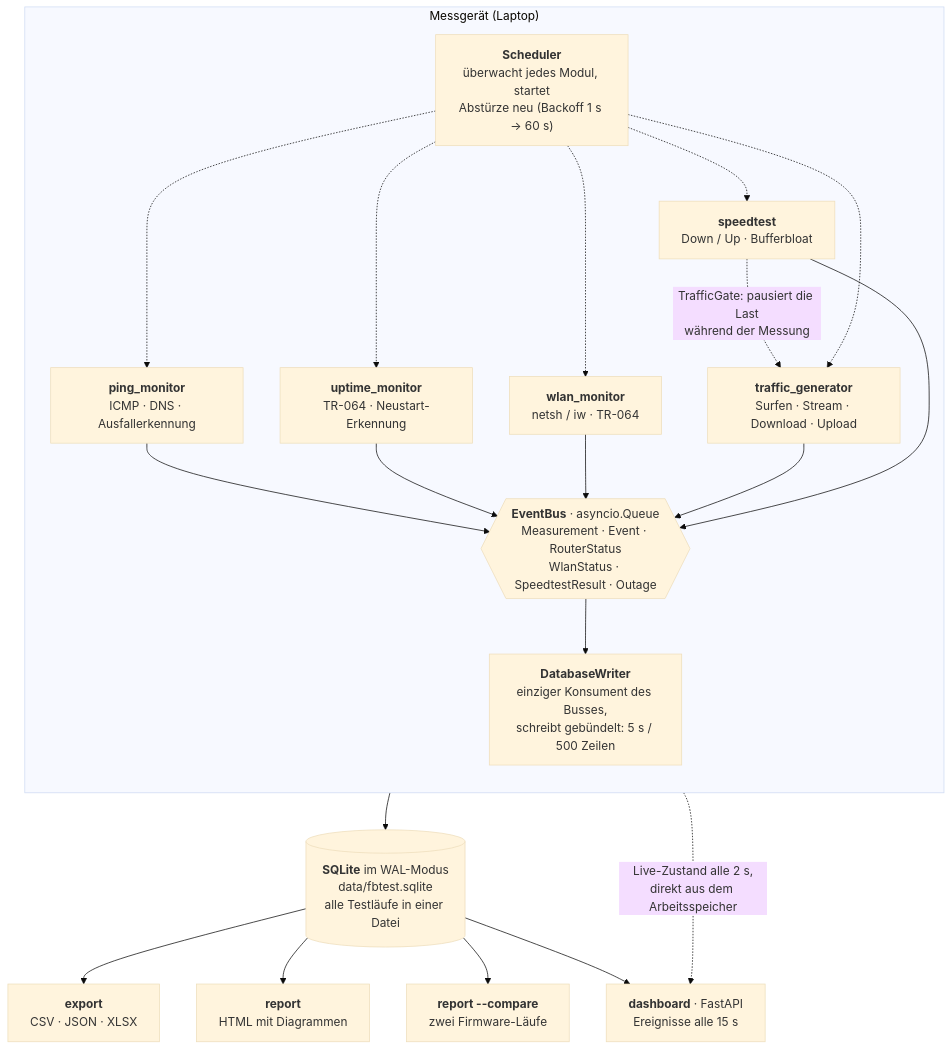
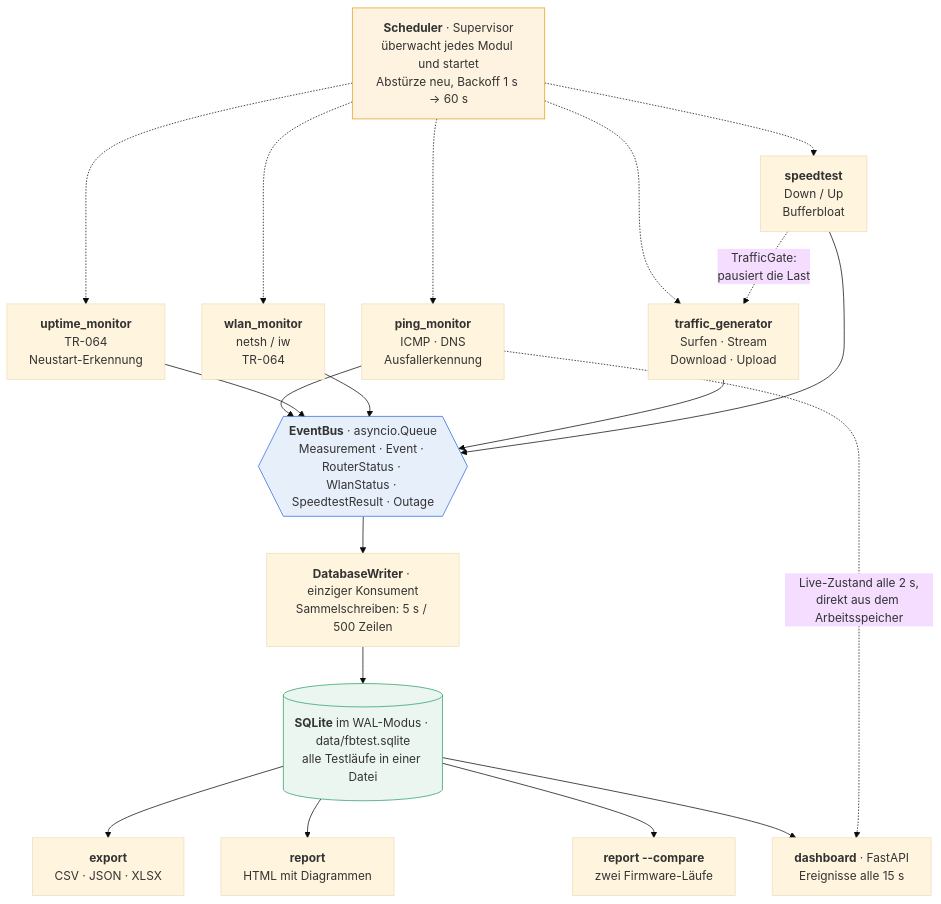
Before and after one commit to Dinosaurier-io/FritzBox_Tester: the second of 2 diagrams in README.md, drawn with Mermaid (base theme).

Commit message:
Datenfluss-Diagramm entwirrt
Die erste Fassung steckte in einem Subgraph. Mermaid ignoriert dessen
"direction", sobald Kanten hinausfuehren - die fuenf Module standen
untereinander in einem halbleeren Kasten. Ohne Subgraph stehen sie
nebeneinander, und die drei tragenden Teile (Scheduler, EventBus,
Datenbank) sind farblich abgesetzt.

Gegengeprueft, indem beide Bloecke mit mermaid gerendert und angesehen
wurden: GitHub zeichnet sie erst im Browser, ein Syntaxfehler faellt
sonst erst dem Leser auf.

````diff
--- a/README.md
+++ b/README.md
@@ -111,35 +111,30 @@
 ```mermaid
 flowchart TD
-    subgraph MESS["Messgerät (Laptop)"]
-        direction TB
-        PING["<b>ping_monitor</b><br>ICMP · DNS · Ausfallerkennung"]
-        UPTIME["<b>uptime_monitor</b><br>TR-064 · Neustart-Erkennung"]
-        WLAN["<b>wlan_monitor</b><br>netsh / iw · TR-064"]
-        TRAFFIC["<b>traffic_generator</b><br>Surfen · Stream · Download · Upload"]
-        SPEED["<b>speedtest</b><br>Down / Up · Bufferbloat"]
+    SCHED["<b>Scheduler</b> · Supervisor<br>überwacht jedes Modul und startet<br>Abstürze neu, Backoff 1 s → 60 s"]
+    SCHED -.-> PING
+    SCHED -.-> UPTIME
+    SCHED -.-> WLANM
+    SCHED -.-> TRAFFIC
+    SCHED -.-> SPEED
 
-        BUS{{"<b>EventBus</b> · asyncio.Queue<br>Measurement · Event · RouterStatus<br>WlanStatus · SpeedtestResult · Outage"}}
-        SCHED["<b>Scheduler</b><br>überwacht jedes Modul, startet<br>Abstürze neu (Backoff 1 s → 60 s)"]
-        WRITER["<b>DatabaseWriter</b><br>einziger Konsument des Busses,<br>schreibt gebündelt: 5 s / 500 Zeilen"]
+    PING["<b>ping_monitor</b><br>ICMP · DNS<br>Ausfallerkennung"] --> BUS
+    UPTIME["<b>uptime_monitor</b><br>TR-064<br>Neustart-Erkennung"] --> BUS
+    WLANM["<b>wlan_monitor</b><br>netsh / iw<br>TR-064"] --> BUS
+    TRAFFIC["<b>traffic_generator</b><br>Surfen · Stream<br>Download · Upload"] --> BUS
+    SPEED["<b>speedtest</b><br>Down / Up<br>Bufferbloat"] --> BUS
+    SPEED -. "TrafficGate:<br>pausiert die Last" .-> TRAFFIC
 
-        PING --> BUS
-        UPTIME --> BUS
-        WLAN --> BUS
-        TRAFFIC --> BUS
-        SPEED --> BUS
-        SPEED -. "TrafficGate: pausiert die Last<br>während der Messung" .-> TRAFFIC
-        SCHED -.-> PING
-        SCHED -.-> UPTIME
-        SCHED -.-> WLAN
-        SCHED -.-> TRAFFIC
-        SCHED -.-> SPEED
-        BUS --> WRITER
-    end
+    BUS{{"<b>EventBus</b> · asyncio.Queue<br>Measurement · Event · RouterStatus · WlanStatus · SpeedtestResult · Outage"}}
+    BUS --> WRITER["<b>DatabaseWriter</b> · einziger Konsument<br>Sammelschreiben: 5 s / 500 Zeilen"]
+    WRITER --> DB[("<b>SQLite</b> im WAL-Modus · data/fbtest.sqlite<br>alle Testläufe in einer Datei")]
 
-    WRITER --> DB[("<b>SQLite</b> im WAL-Modus<br>data/fbtest.sqlite<br>alle Testläufe in einer Datei")]
     DB --> EXPORT["<b>export</b><br>CSV · JSON · XLSX"]
     DB --> REPORT["<b>report</b><br>HTML mit Diagrammen"]
     DB --> COMPARE["<b>report --compare</b><br>zwei Firmware-Läufe"]
     DB --> DASH["<b>dashboard</b> · FastAPI<br>Ereignisse alle 15 s"]
     PING -. "Live-Zustand alle 2 s,<br>direkt aus dem Arbeitsspeicher" .-> DASH
+
+    style SCHED fill:#fdf3e0,stroke:#e4a11b
+    style BUS fill:#e7effb,stroke:#2d6cdf
+    style DB fill:#eaf6ef,stroke:#2e9e6b
 ```
````
